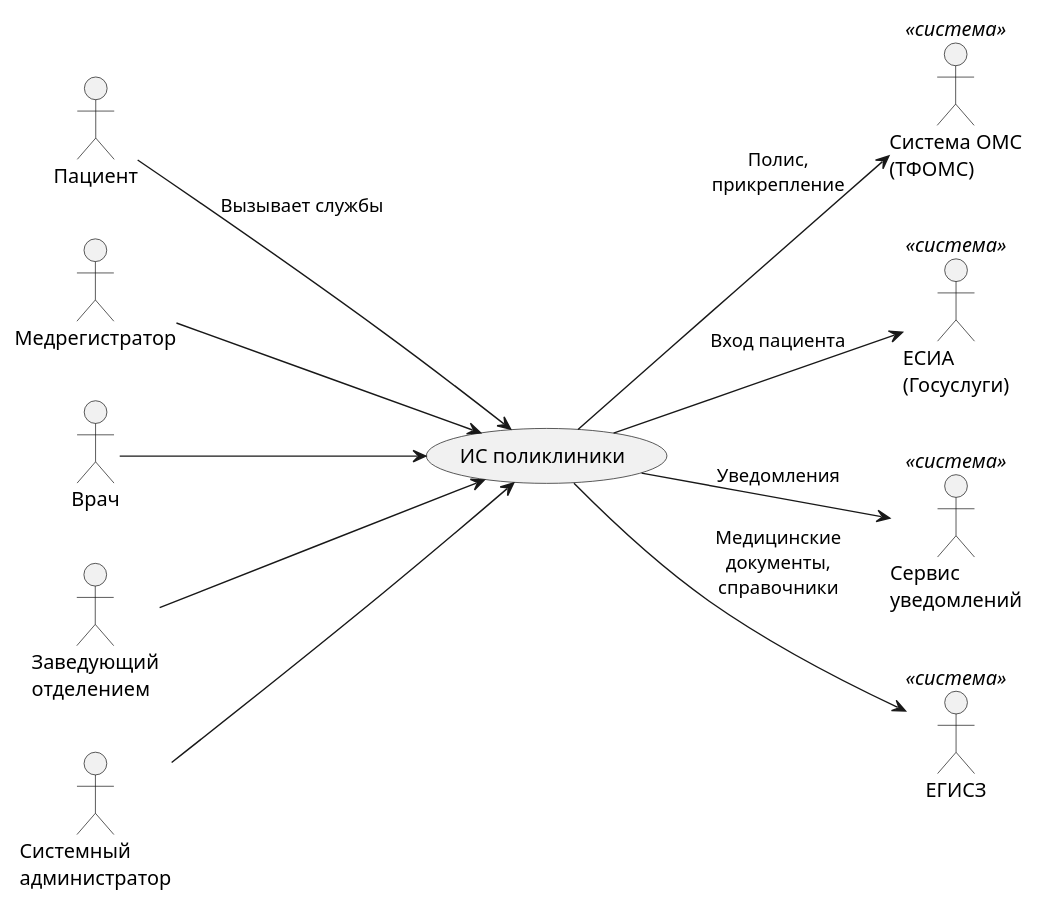
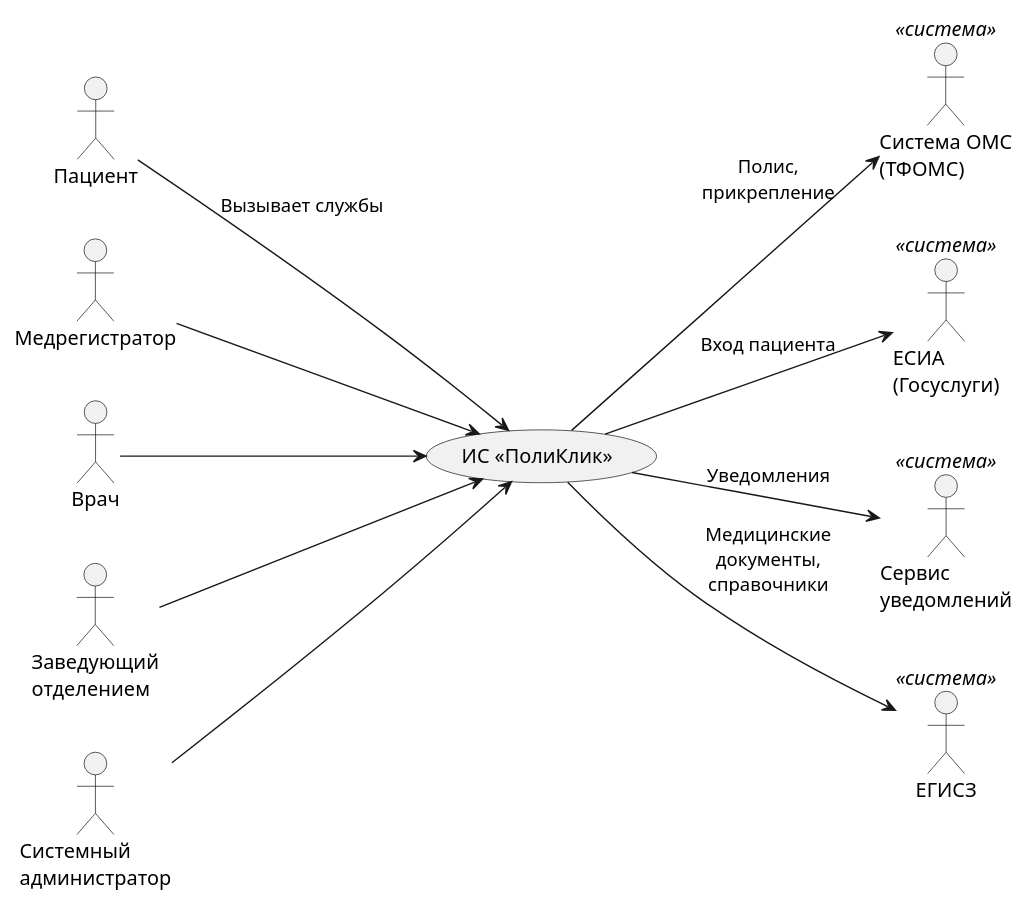
Before and after one commit to penamarth/bsbo-11-24_team3_var3_clinic: the diagram in Видение.md, drawn with PlantUML. The commit also changed other lines of this file and 2 other files, not shown here.

Commit message:
название системы: ПолиКлик

````diff
--- a/Видение.md
+++ b/Видение.md
@@ -59,36 +59,36 @@
 ```plantuml
 @startuml
 
 skinparam packageStyle rect
 left to right direction
 
 together {
 actor Пациент as Patient
 actor Медрегистратор as Registrar
 actor Врач as Doctor
 actor "Заведующий\nотделением" as Head
 actor "Системный\nадминистратор" as Admin
 }
 
-(ИС поликлиники) as IS
+(ИС «ПолиКлик») as IS
 
 Patient --> IS : Вызывает службы
 Registrar --> IS
 Doctor --> IS
 Head --> IS
 Admin --> IS
 
 together {
 actor "Система ОМС\n(ТФОМС)" as OMS <<система>>
 actor "ЕСИА\n(Госуслуги)" as ESIA <<система>>
 actor "Сервис\nуведомлений" as Notify <<система>>
 actor "ЕГИСЗ" as EGISZ <<система>>
 }
 
 IS --> OMS : Полис,\nприкрепление
 IS --> ESIA : Вход пациента
 IS --> Notify : Уведомления
 IS --> EGISZ : Медицинские\nдокументы,\nсправочники
 
 @enduml
 ```
````
